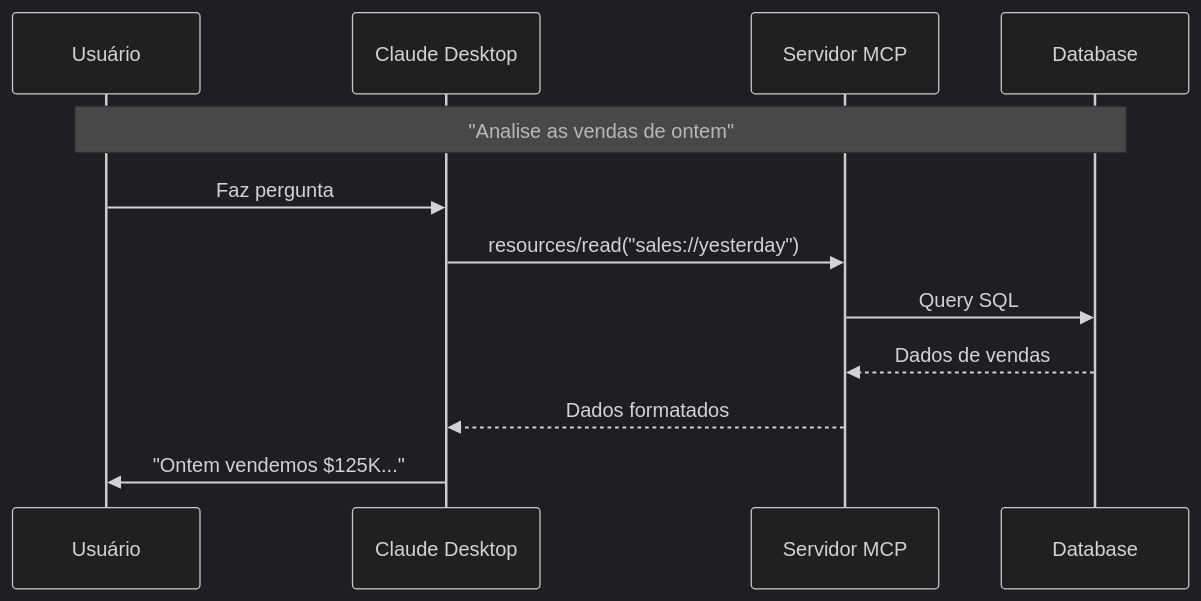
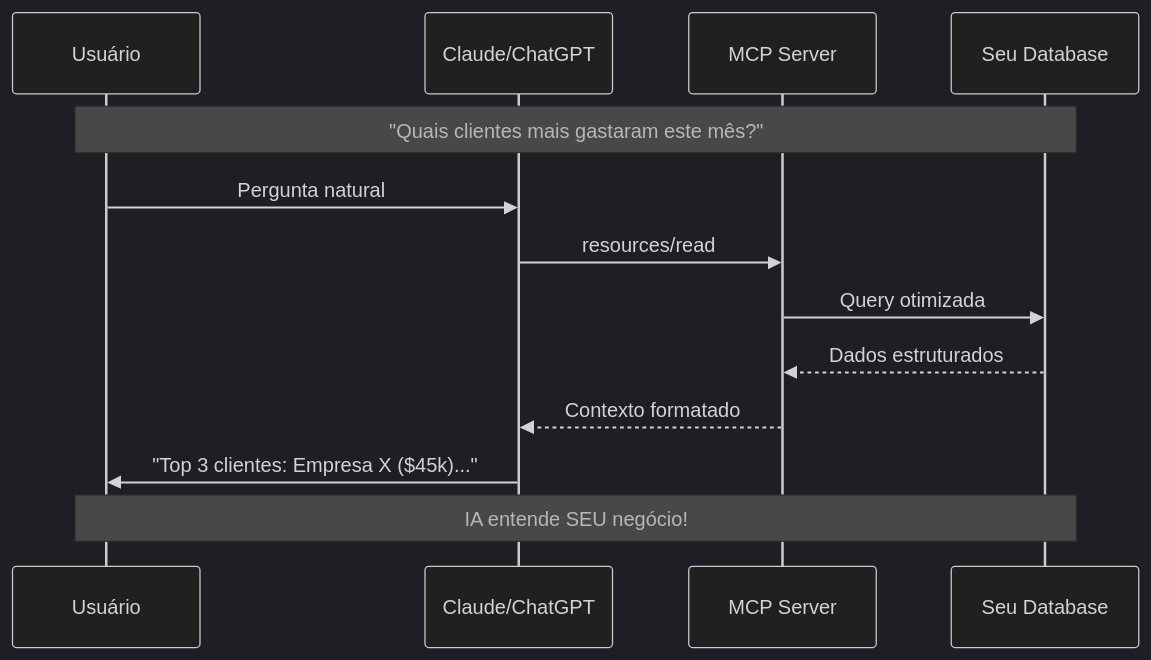
The sixth of 17 diagrams in AI/Comunicação/MCP/00-mcp-presentation-zero to hero.md (felipepimentel/my-public-notes), drawn with Mermaid (dark theme) before and after one commit. The commit also changed other lines of this file, not shown here.

````diff
--- a/AI/Comunicação/MCP/00-mcp-presentation-zero to hero.md
+++ b/AI/Comunicação/MCP/00-mcp-presentation-zero to hero.md
@@ -144,16 +142,18 @@
 ```mermaid
 sequenceDiagram
     participant U as Usuário
-    participant C as Claude Desktop
-    participant S as Servidor MCP
-    participant DB as Database
+    participant AI as Claude/ChatGPT
+    participant MCP as MCP Server
+    participant DB as Seu Database
     
-    Note over U,DB: "Analise as vendas de ontem"
+    Note over U,DB: "Quais clientes mais gastaram este mês?"
     
-    U->>C: Faz pergunta
-    C->>S: resources/read("sales://yesterday")
-    S->>DB: Query SQL
-    DB-->>S: Dados de vendas
-    S-->>C: Dados formatados
-    C->>U: "Ontem vendemos $125K..."
+    U->>AI: Pergunta natural
+    AI->>MCP: resources/read
+    MCP->>DB: Query otimizada
+    DB-->>MCP: Dados estruturados
+    MCP-->>AI: Contexto formatado
+    AI->>U: "Top 3 clientes: Empresa X ($45k)..."
+    
+    Note over U,DB: IA entende SEU negócio!
 ```
````
